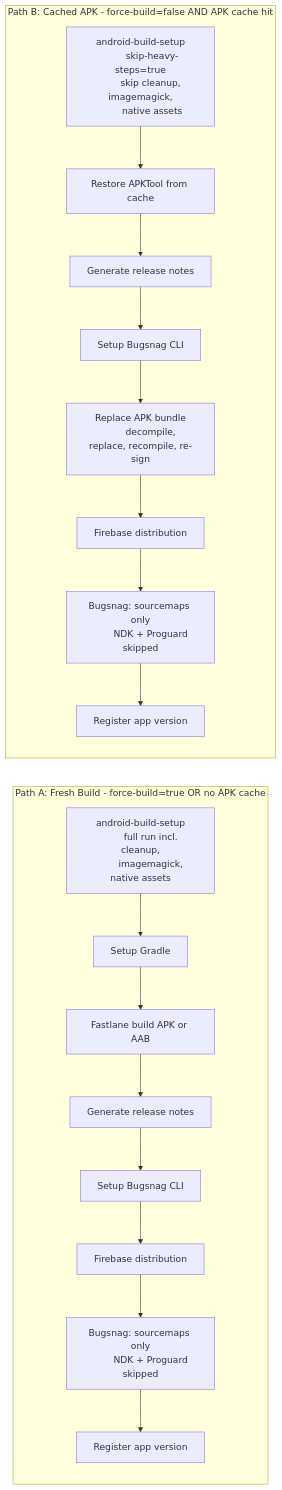
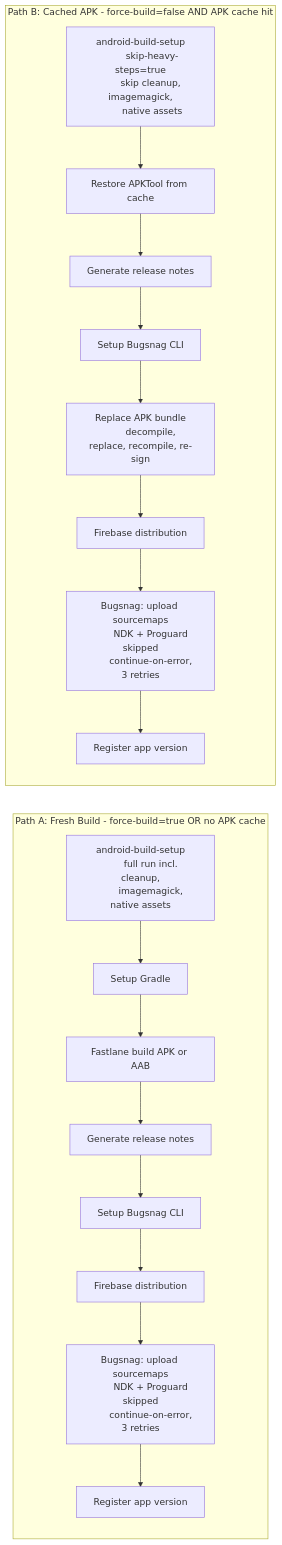
Before and after one commit to AtB-AS/mittatb-app: the fifth of 6 diagrams in docs/android-build-staging-graph.md, drawn with Mermaid. The commit also changed other lines of this file and 14 other files, not shown here.

````diff
--- a/docs/android-build-staging-graph.md
+++ b/docs/android-build-staging-graph.md
@@ -275,32 +276,34 @@
 ```mermaid
 flowchart LR
     subgraph fresh ["Path A: Fresh Build - force-build=true OR no APK cache"]
         direction TB
         f1["android-build-setup
         full run incl. cleanup,
         imagemagick, native assets"] --> f2["Setup Gradle"]
         f2 --> f3["Fastlane build APK or AAB"]
         f3 --> f4["Generate release notes"]
         f4 --> f5["Setup Bugsnag CLI"]
         f5 --> f6["Firebase distribution"]
-        f6 --> f7["Bugsnag: sourcemaps only
-        NDK + Proguard skipped"]
+        f6 --> f7["Bugsnag: upload sourcemaps
+        NDK + Proguard skipped
+        continue-on-error, 3 retries"]
         f7 --> f8["Register app version"]
     end
 
     subgraph cached ["Path B: Cached APK - force-build=false AND APK cache hit"]
         direction TB
         c1["android-build-setup
         skip-heavy-steps=true
         skip cleanup, imagemagick,
         native assets"] --> c2["Restore APKTool from cache"]
         c2 --> c3["Generate release notes"]
         c3 --> c4["Setup Bugsnag CLI"]
         c4 --> c5["Replace APK bundle
         decompile, replace, recompile, re-sign"]
         c5 --> c6["Firebase distribution"]
-        c6 --> c7["Bugsnag: sourcemaps only
-        NDK + Proguard skipped"]
+        c6 --> c7["Bugsnag: upload sourcemaps
+        NDK + Proguard skipped
+        continue-on-error, 3 retries"]
         c7 --> c8["Register app version"]
     end
 ```
````
